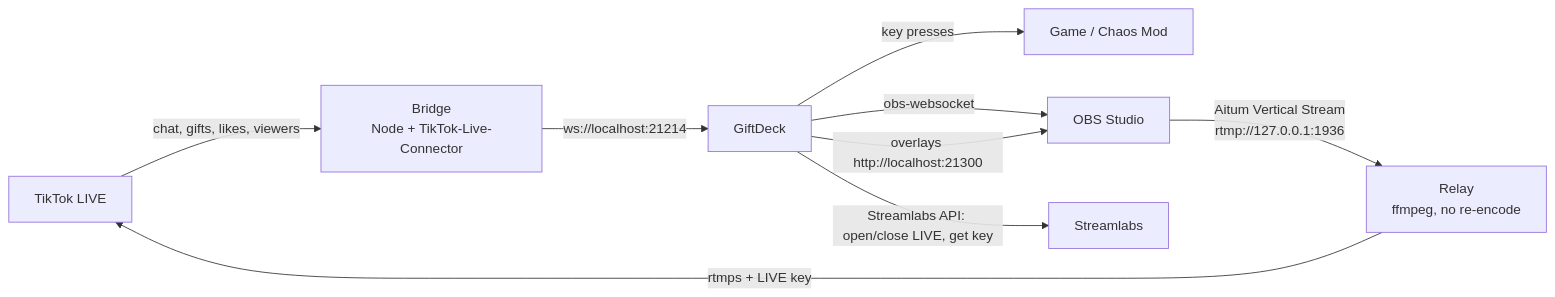
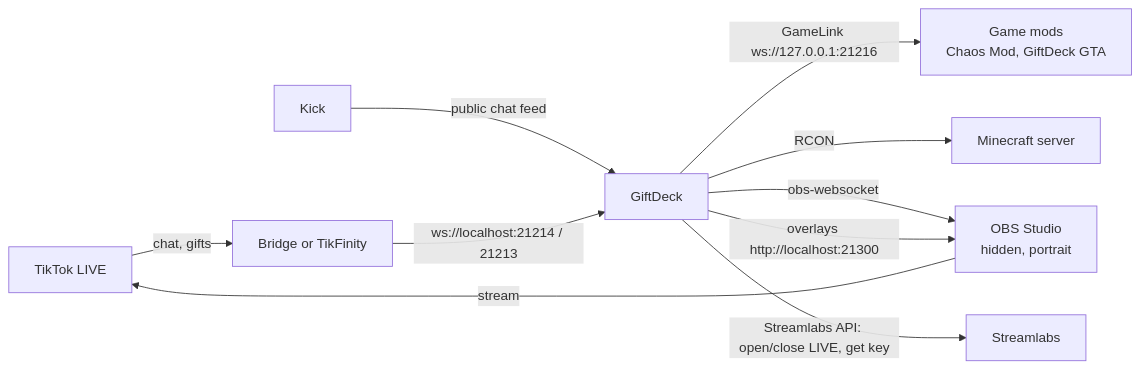
One commit to Obiwayne/GiftDeck changed the diagram in README.md. Above: the diagram before and after it, drawn with Mermaid. The commit also changed other lines of this file and 11 other files, not shown here.

Commit message:
README for 2.1: games, setup screen, OBS engine, overlays, spinner, alerts, TTS, Kick; new screenshots

````diff
--- a/README.md
+++ b/README.md
@@ -245,11 +270,12 @@
 ```mermaid
 flowchart LR
-    TT[TikTok LIVE] -- chat, gifts, likes, viewers --> BR[Bridge<br/>Node + TikTok-Live-Connector]
-    BR -- ws://localhost:21214 --> GD[GiftDeck]
-    GD -- key presses --> GAME[Game / Chaos Mod]
-    GD -- obs-websocket --> OBS[OBS Studio]
+    TT[TikTok LIVE] -- chat, gifts --> RD[Bridge or TikFinity]
+    KK[Kick] -- public chat feed --> GD
+    RD -- ws://localhost:21214 / 21213 --> GD[GiftDeck]
+    GD -- GameLink ws://127.0.0.1:21216 --> MODS[Game mods<br/>Chaos Mod, GiftDeck GTA]
+    GD -- RCON --> MC[Minecraft server]
+    GD -- obs-websocket --> OBS[OBS Studio<br/>hidden, portrait]
     GD -- overlays http://localhost:21300 --> OBS
     GD -- Streamlabs API: open/close LIVE, get key --> SL[Streamlabs]
-    OBS -- Aitum Vertical Stream<br/>rtmp://127.0.0.1:1936 --> RL[Relay<br/>ffmpeg, no re-encode]
-    RL -- rtmps + LIVE key --> TT
+    OBS -- stream --> TT
 ```
````
